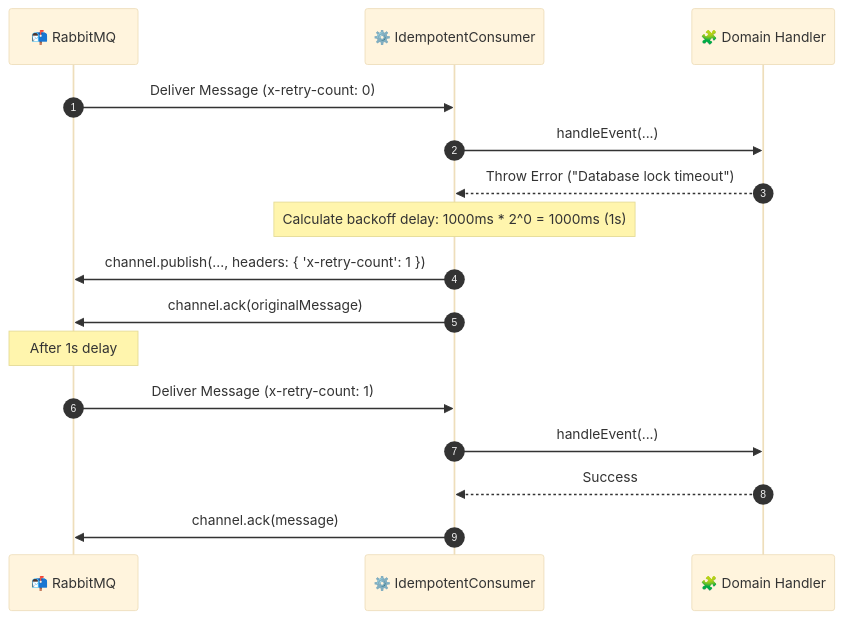
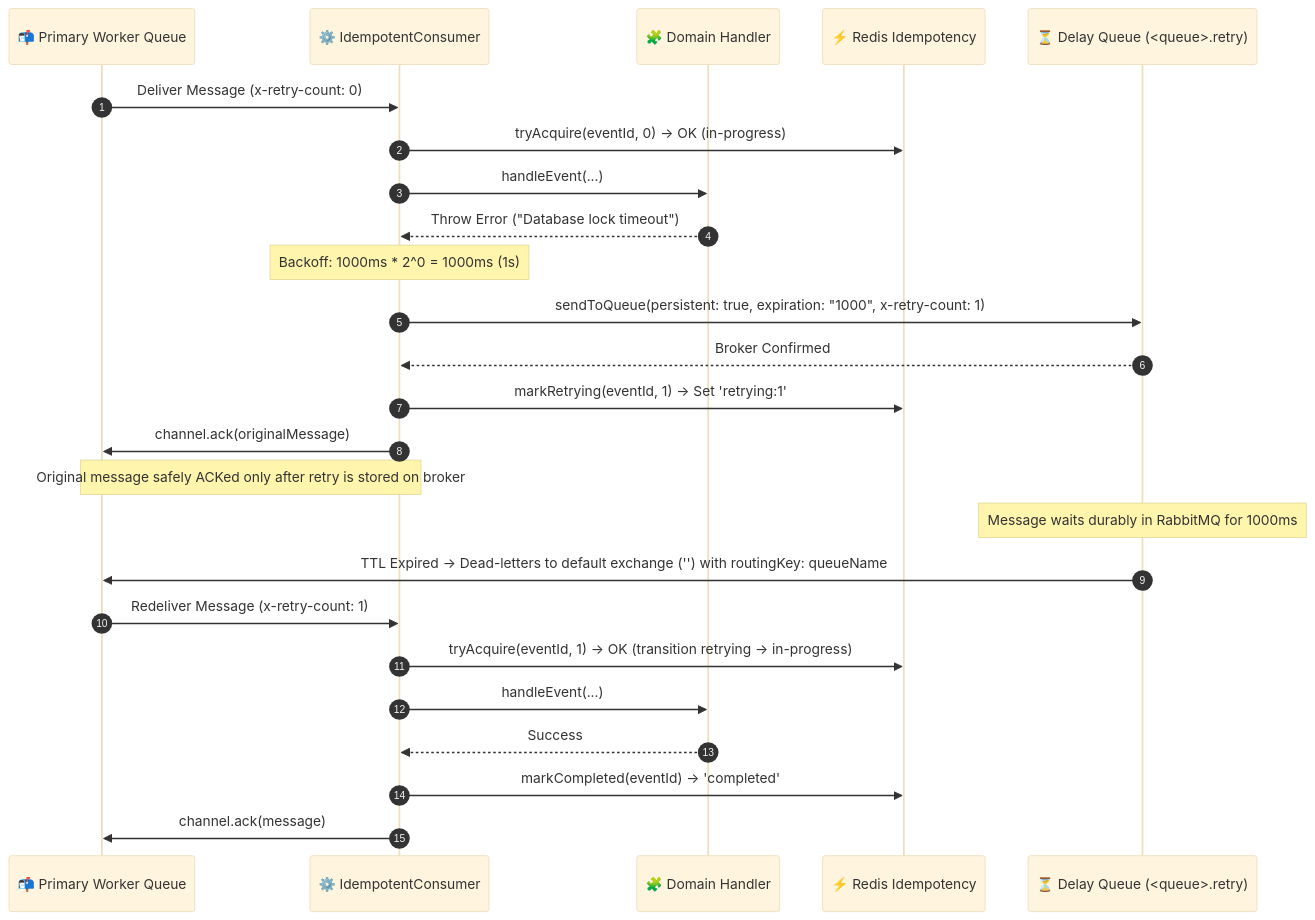
One commit to satya-ranjon/FieldForge changed the fifth of 6 diagrams in docs/MESSAGE_FLOW.md. Above: the diagram before and after it, drawn with Mermaid (base theme). The commit also changed other lines of this file and 9 other files, not shown here.

First line of the commit message:
fix(messaging): implement broker-native delayed retry queues and eliminate message loss (FF-ARCH-12)

````diff
--- a/docs/MESSAGE_FLOW.md
+++ b/docs/MESSAGE_FLOW.md
@@ -288,21 +291,31 @@
 ```mermaid
 sequenceDiagram
     autonumber
-    participant MQ as 📬 RabbitMQ
+    participant Queue as 📬 Primary Worker Queue
     participant Consumer as ⚙️ IdempotentConsumer
     participant Handler as 🧩 Domain Handler
+    participant Redis as ⚡ Redis Idempotency
+    participant RetryQueue as ⏳ Delay Queue (<queue>.retry)
 
-    MQ->>Consumer: Deliver Message (x-retry-count: 0)
+    Queue->>Consumer: Deliver Message (x-retry-count: 0)
+    Consumer->>Redis: tryAcquire(eventId, 0) -> OK (in-progress)
     Consumer->>Handler: handleEvent(...)
     Handler-->>Consumer: Throw Error ("Database lock timeout")
 
-    Note over Consumer: Calculate backoff delay: 1000ms * 2^0 = 1000ms (1s)
-    Consumer->>MQ: channel.publish(..., headers: { 'x-retry-count': 1 })
-    Consumer->>MQ: channel.ack(originalMessage)
+    Note over Consumer: Backoff: 1000ms * 2^0 = 1000ms (1s)
+    Consumer->>RetryQueue: sendToQueue(persistent: true, expiration: "1000", x-retry-count: 1)
+    RetryQueue-->>Consumer: Broker Confirmed
+    Consumer->>Redis: markRetrying(eventId, 1) -> Set 'retrying:1'
+    Consumer->>Queue: channel.ack(originalMessage)
+    Note over Queue, Consumer: Original message safely ACKed only after retry is stored on broker
 
-    Note over MQ: After 1s delay
-    MQ->>Consumer: Deliver Message (x-retry-count: 1)
+    Note over RetryQueue: Message waits durably in RabbitMQ for 1000ms
+    RetryQueue->>Queue: TTL Expired -> Dead-letters to default exchange ('') with routingKey: queueName
+
+    Queue->>Consumer: Redeliver Message (x-retry-count: 1)
+    Consumer->>Redis: tryAcquire(eventId, 1) -> OK (transition retrying -> in-progress)
     Consumer->>Handler: handleEvent(...)
     Handler-->>Consumer: Success
-    Consumer->>MQ: channel.ack(message)
+    Consumer->>Redis: markCompleted(eventId) -> 'completed'
+    Consumer->>Queue: channel.ack(message)
 ```
````
